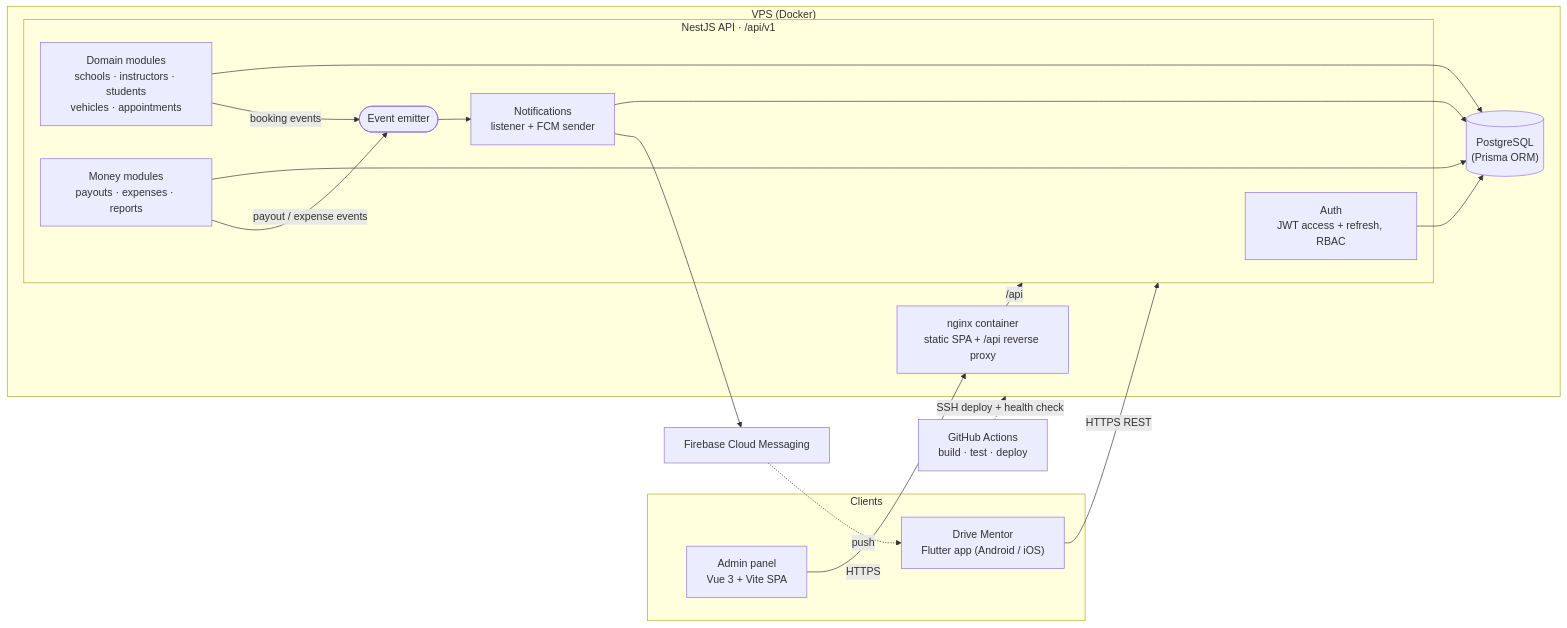
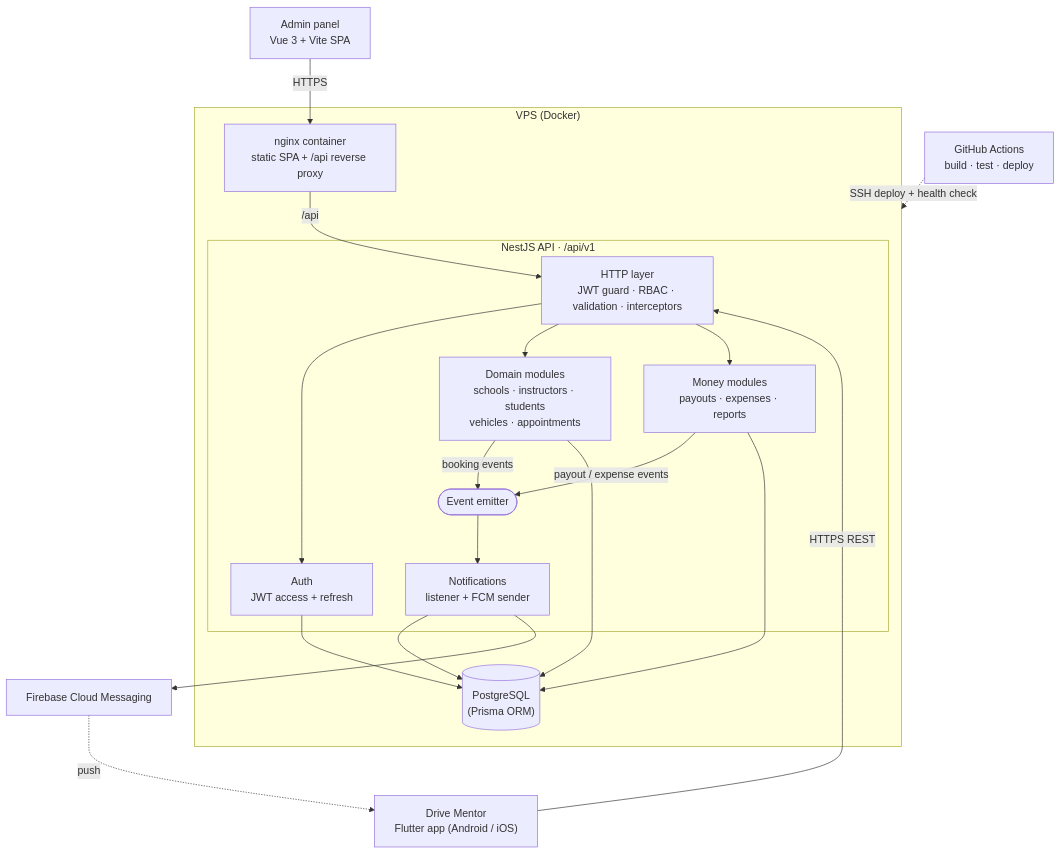
One commit to defoibrahim/dsms-showcase changed the diagram in README.md. Above: the diagram before and after it, drawn with Mermaid.

Commit message:
Make the README architecture diagram readable
Switch the flowchart to top-to-bottom and route client traffic through
an explicit HTTP layer node. The left-to-right layout rendered tiny on
GitHub and pushed the Clients box under the zoom controls.

````diff
--- a/README.md
+++ b/README.md
@@ -85,36 +85,38 @@
 ```mermaid
-flowchart LR
-    subgraph Clients
-        WEB["Admin panel<br/>Vue 3 + Vite SPA"]
-        APP["Drive Mentor<br/>Flutter app (Android / iOS)"]
-    end
+flowchart TB
+    WEB["Admin panel<br/>Vue 3 + Vite SPA"]
+    APP["Drive Mentor<br/>Flutter app (Android / iOS)"]
+    GHA["GitHub Actions<br/>build · test · deploy"]
 
     subgraph Server["VPS (Docker)"]
         FE["nginx container<br/>static SPA + /api reverse proxy"]
         subgraph API["NestJS API · /api/v1"]
-            AUTH["Auth<br/>JWT access + refresh, RBAC"]
+            HTTP["HTTP layer<br/>JWT guard · RBAC · validation · interceptors"]
+            AUTH["Auth<br/>JWT access + refresh"]
             DOMAIN["Domain modules<br/>schools · instructors · students<br/>vehicles · appointments"]
             MONEY["Money modules<br/>payouts · expenses · reports"]
             EVT(["Event emitter"])
             NOTIF["Notifications<br/>listener + FCM sender"]
         end
         DB[("PostgreSQL<br/>(Prisma ORM)")]
     end
 
     FCM["Firebase Cloud Messaging"]
-    GHA["GitHub Actions<br/>build · test · deploy"]
 
     WEB -->|HTTPS| FE
-    FE -->|/api| API
-    APP -->|HTTPS REST| API
+    FE -->|/api| HTTP
+    APP -->|HTTPS REST| HTTP
+    HTTP --> AUTH
+    HTTP --> DOMAIN
+    HTTP --> MONEY
+    DOMAIN -- booking events --> EVT
+    MONEY -- payout / expense events --> EVT
+    EVT --> NOTIF
     AUTH --> DB
     DOMAIN --> DB
     MONEY --> DB
-    DOMAIN -- booking events --> EVT
-    MONEY -- payout / expense events --> EVT
-    EVT --> NOTIF
     NOTIF --> DB
     NOTIF --> FCM
     FCM -. push .-> APP
     GHA -. SSH deploy + health check .-> Server
 ```
````
